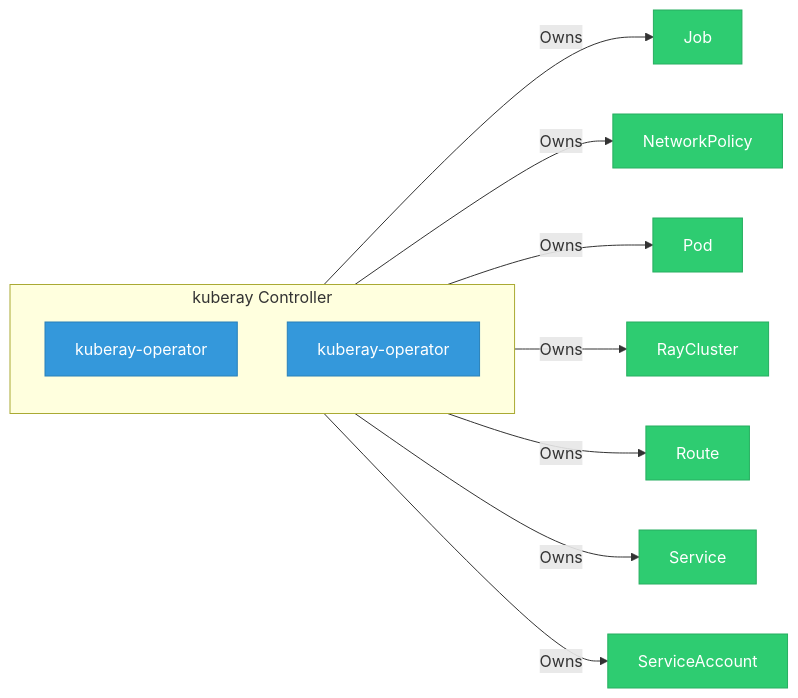
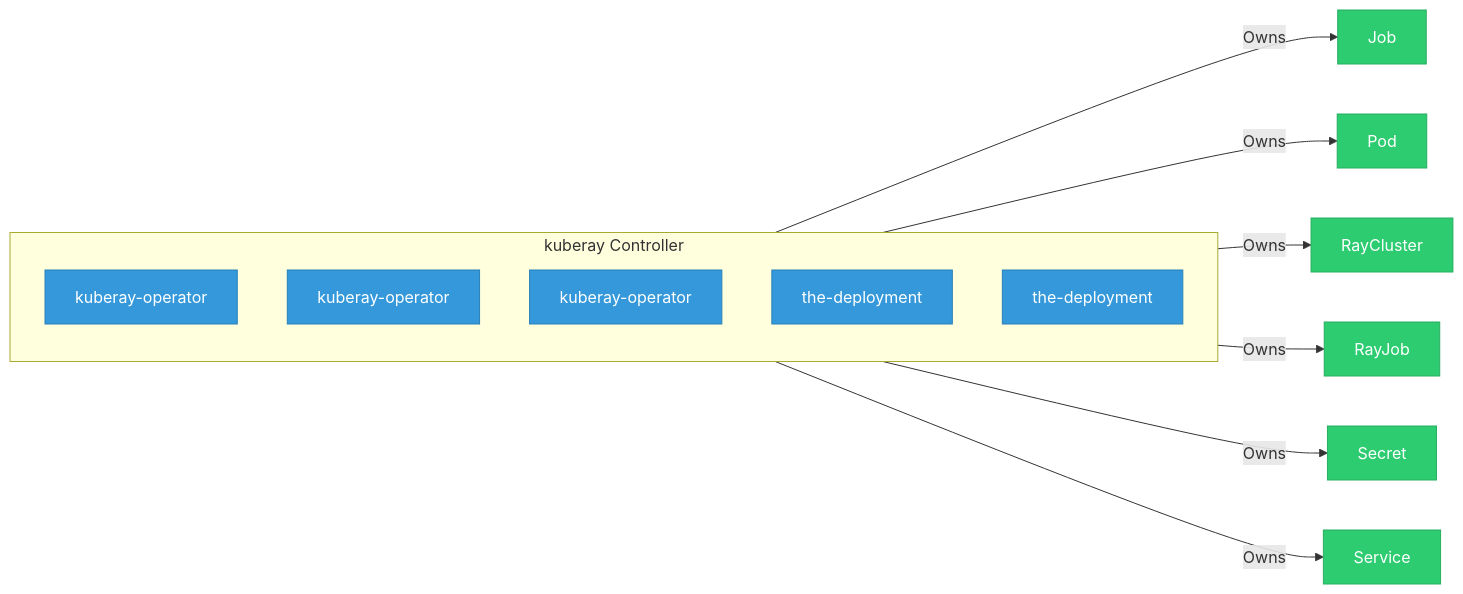
The diagram in site/docs/use-cases/odh-platform/components/kuberay/index.md (ugiordan/rhoai-architecture-analyzer), drawn with Mermaid before and after one commit. The commit also changed other lines of this file and 402 other files, not shown here.

````diff
--- a/site/docs/use-cases/odh-platform/components/kuberay/index.md
+++ b/site/docs/use-cases/odh-platform/components/kuberay/index.md
@@ -22,32 +25,36 @@
 ```mermaid
 graph LR
     %% Component architecture for kuberay
 
     classDef crd fill:#e74c3c,stroke:#c0392b,color:#fff
     classDef controller fill:#3498db,stroke:#2980b9,color:#fff
     classDef owned fill:#2ecc71,stroke:#27ae60,color:#fff
     classDef external fill:#95a5a6,stroke:#7f8c8d,color:#fff
     classDef dep fill:#f39c12,stroke:#e67e22,color:#fff
 
     subgraph controller["kuberay Controller"]
         dep_1["kuberay-operator"]
         class dep_1 controller
         dep_2["kuberay-operator"]
         class dep_2 controller
+        dep_3["kuberay-operator"]
+        class dep_3 controller
+        dep_4["the-deployment"]
+        class dep_4 controller
+        dep_5["the-deployment"]
+        class dep_5 controller
     end
 
-    controller -->|"Owns"| owned_3["Job"]
-    class owned_3 owned
-    controller -->|"Owns"| owned_4["NetworkPolicy"]
-    class owned_4 owned
-    controller -->|"Owns"| owned_5["Pod"]
-    class owned_5 owned
-    controller -->|"Owns"| owned_6["RayCluster"]
+    controller -->|"Owns"| owned_6["Job"]
     class owned_6 owned
-    controller -->|"Owns"| owned_7["Route"]
+    controller -->|"Owns"| owned_7["Pod"]
     class owned_7 owned
-    controller -->|"Owns"| owned_8["Service"]
+    controller -->|"Owns"| owned_8["RayCluster"]
     class owned_8 owned
-    controller -->|"Owns"| owned_9["ServiceAccount"]
+    controller -->|"Owns"| owned_9["RayJob"]
     class owned_9 owned
+    controller -->|"Owns"| owned_10["Secret"]
+    class owned_10 owned
+    controller -->|"Owns"| owned_11["Service"]
+    class owned_11 owned
 ```
````
